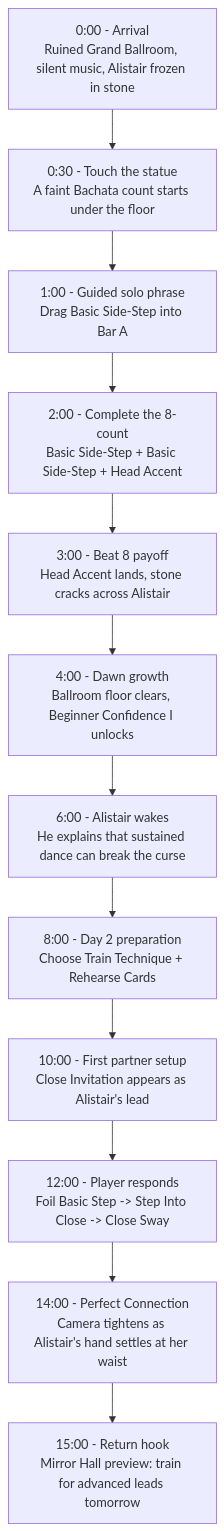
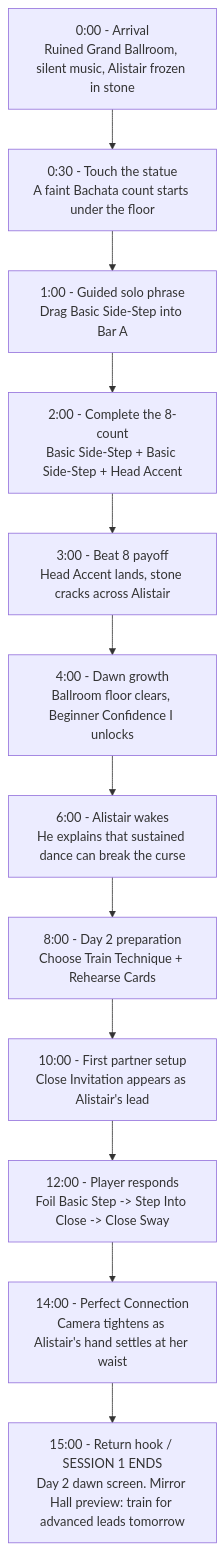
Before and after one commit to erickrex/eight_counts_to_midnight: the diagram in hackathon_submission/player_journey_map.md, drawn with Mermaid. The commit also changed other lines of this file and 2 other files, not shown here.

Commit message:
Strengthen submission: difficulty curve, session-end marker, animation + taxonomy pipeline, stretch goals

````diff
--- a/hackathon_submission/player_journey_map.md
+++ b/hackathon_submission/player_journey_map.md
@@ -13,14 +13,14 @@
 ```mermaid
 flowchart TD
     A["0:00 - Arrival<br/>Ruined Grand Ballroom, silent music, Alistair frozen in stone"] --> B["0:30 - Touch the statue<br/>A faint Bachata count starts under the floor"]
     B --> C["1:00 - Guided solo phrase<br/>Drag Basic Side-Step into Bar A"]
     C --> D["2:00 - Complete the 8-count<br/>Basic Side-Step + Basic Side-Step + Head Accent"]
     D --> E["3:00 - Beat 8 payoff<br/>Head Accent lands, stone cracks across Alistair"]
     E --> F["4:00 - Dawn growth<br/>Ballroom floor clears, Beginner Confidence I unlocks"]
     F --> G["6:00 - Alistair wakes<br/>He explains that sustained dance can break the curse"]
     G --> H["8:00 - Day 2 preparation<br/>Choose Train Technique + Rehearse Cards"]
     H --> I["10:00 - First partner setup<br/>Close Invitation appears as Alistair's lead"]
     I --> J["12:00 - Player responds<br/>Foil Basic Step -> Step Into Close -> Close Sway"]
     J --> K["14:00 - Perfect Connection<br/>Camera tightens as Alistair's hand settles at her waist"]
-    K --> L["15:00 - Return hook<br/>Mirror Hall preview: train for advanced leads tomorrow"]
+    K --> L["15:00 - Return hook / SESSION 1 ENDS<br/>Day 2 dawn screen. Mirror Hall preview: train for advanced leads tomorrow"]
 ```
````
